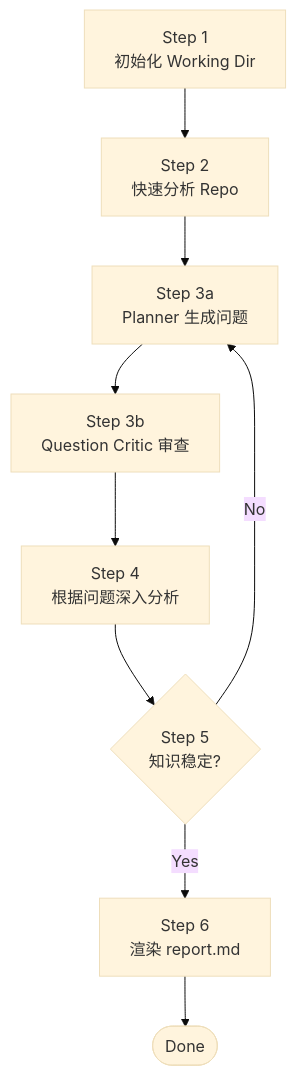
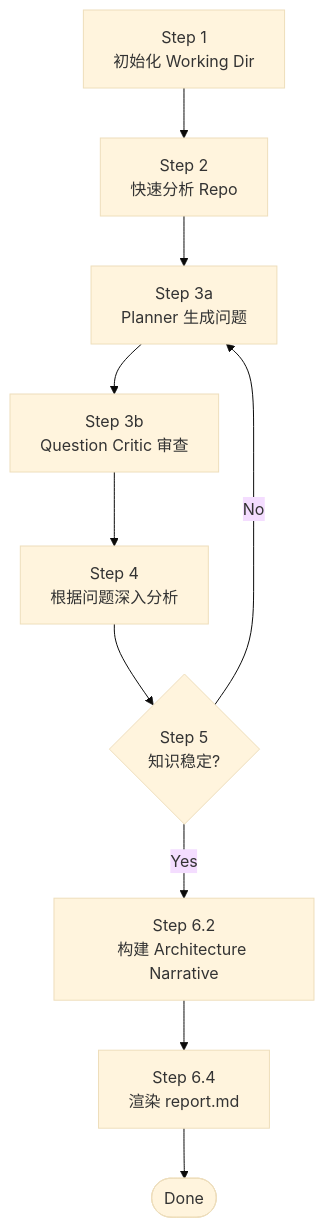
The first of 2 diagrams in .trae/skills/repo-arch-engineering/SKILL.md (devweekly/devweekly.github.io), drawn with Mermaid (base theme) before and after one commit. The commit also changed other lines of this file and 4 other files, not shown here.

````diff
--- a/.trae/skills/repo-arch-engineering/SKILL.md
+++ b/.trae/skills/repo-arch-engineering/SKILL.md
@@ -23,11 +23,12 @@
 ```mermaid
 flowchart TD
     S1[Step 1<br/>初始化 Working Dir] --> S2[Step 2<br/>快速分析 Repo]
     S2 --> S3a[Step 3a<br/>Planner 生成问题]
     S3a --> S3b[Step 3b<br/>Question Critic 审查]
     S3b --> S4[Step 4<br/>根据问题深入分析]
     S4 --> S5{Step 5<br/>知识稳定?}
     S5 -->|No| S3a
-    S5 -->|Yes| S6[Step 6<br/>渲染 report.md]
-    S6 --> Done([Done])
+    S5 -->|Yes| S6a[Step 6.2<br/>构建 Architecture Narrative]
+    S6a --> S6b[Step 6.4<br/>渲染 report.md]
+    S6b --> Done([Done])
 ```
````
